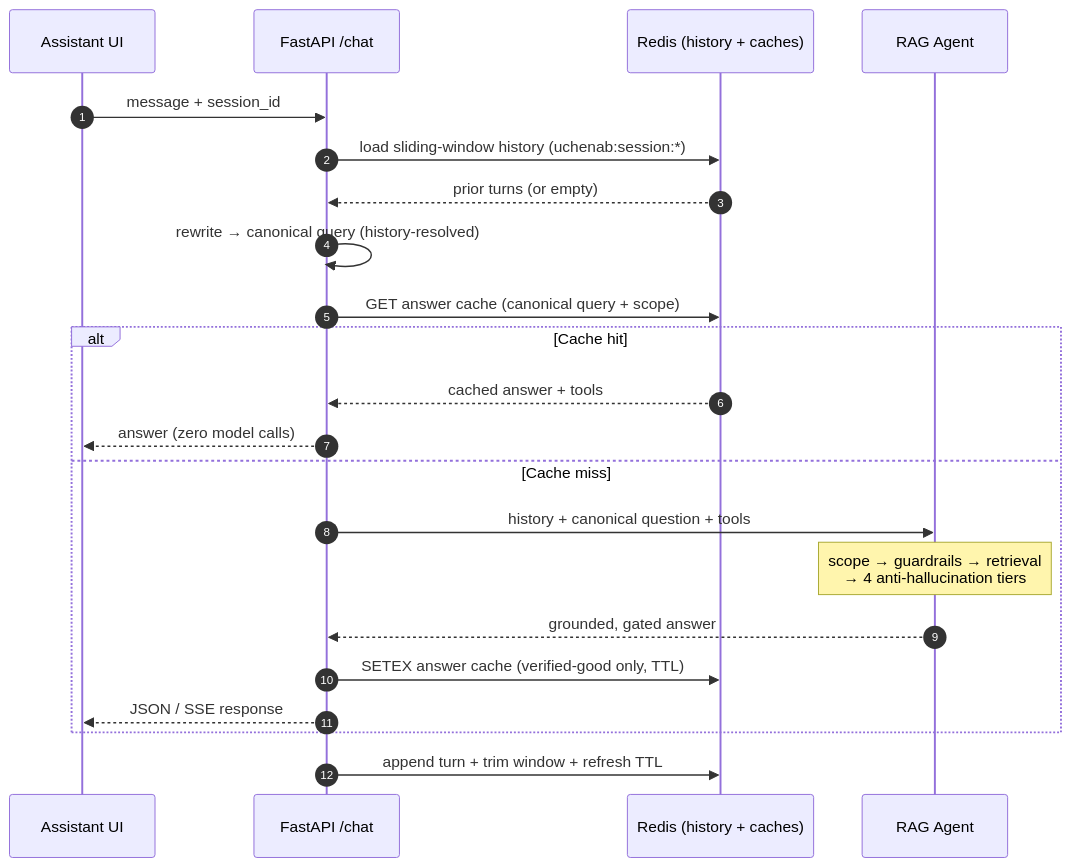
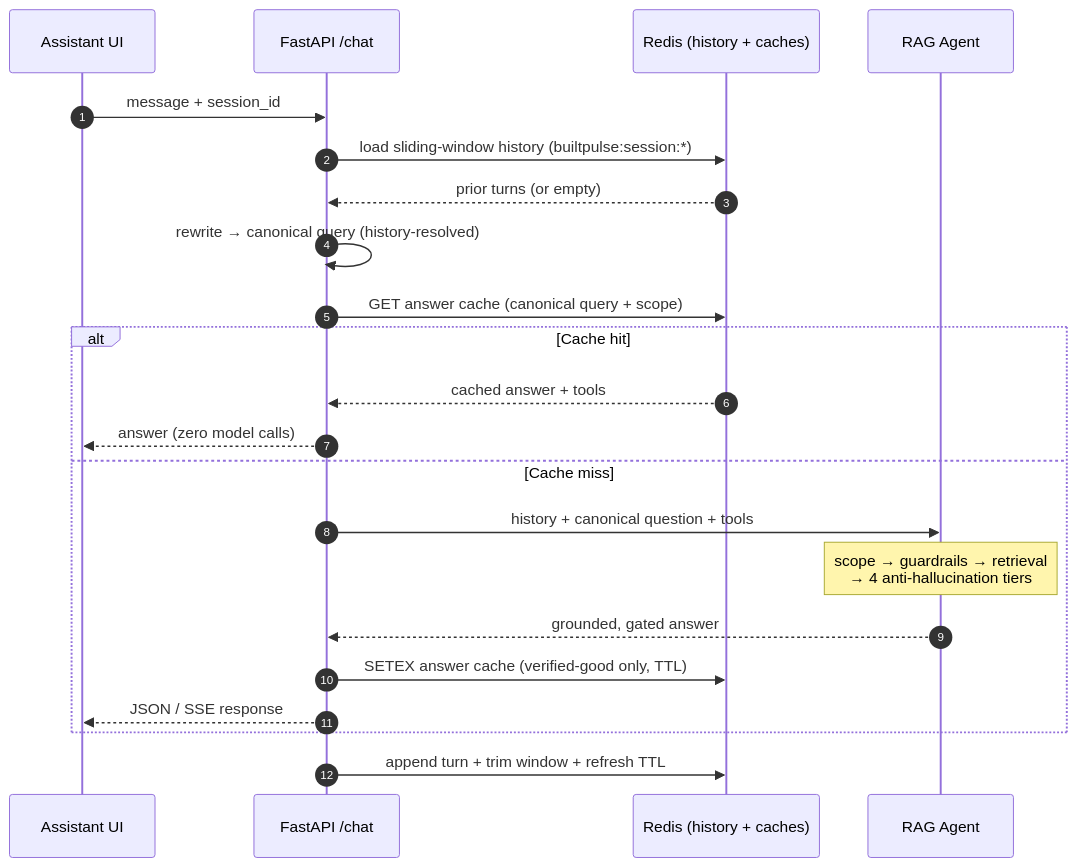
The third of 6 diagrams in README.md (Novatech240/Agentic_RAG_backend), drawn with Mermaid before and after one commit. The commit also changed other lines of this file, not shown here.

````diff
--- a/README.md
+++ b/README.md
@@ -191,25 +191,25 @@
 ```mermaid
 sequenceDiagram
     autonumber
     participant UI as Assistant UI
     participant API as FastAPI /chat
     participant Redis as Redis (history + caches)
     participant Agent as RAG Agent
 
     UI->>API: message + session_id
-    API->>Redis: load sliding-window history (uchenab:session:*)
+    API->>Redis: load sliding-window history (builtpulse:session:*)
     Redis-->>API: prior turns (or empty)
     API->>API: rewrite → canonical query (history-resolved)
     API->>Redis: GET answer cache (canonical query + scope)
     alt Cache hit
         Redis-->>API: cached answer + tools
         API-->>UI: answer (zero model calls)
     else Cache miss
         API->>Agent: history + canonical question + tools
         Note over Agent: scope → guardrails → retrieval<br/>→ 4 anti-hallucination tiers
         Agent-->>API: grounded, gated answer
         API->>Redis: SETEX answer cache (verified-good only, TTL)
         API-->>UI: JSON / SSE response
     end
     API->>Redis: append turn + trim window + refresh TTL
 ```
````
